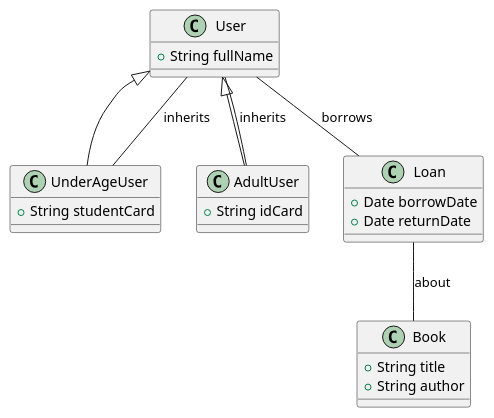
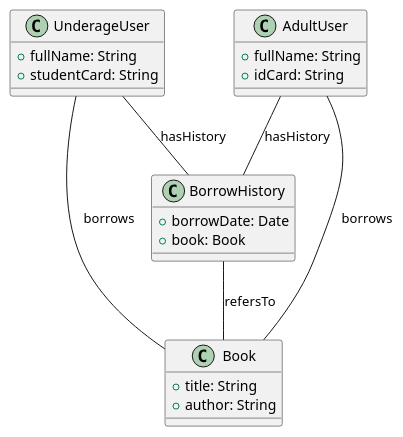
One commit to LLM-29/A4Design changed the diagram in output/single_agent/exercise_1_diagram.puml. Above: the diagram before and after it, drawn with PlantUML. The commit also changed 10 other files, not shown here.

```diff
--- a/output/single_agent/exercise_1_diagram.puml
+++ b/output/single_agent/exercise_1_diagram.puml
@@ -1,23 +1,23 @@
 @startuml
-class User {
-  +String fullName
+class UnderageUser {
+  + fullName: String
+  + studentCard: String
 }
-class UnderAgeUser extends User {
-  +String studentCard
-}
-class AdultUser extends User {
-  +String idCard
+class AdultUser {
+  + fullName: String
+  + idCard: String
 }
 class Book {
-  +String title
-  +String author
+  + title: String
+  + author: String
 }
-class Loan {
-  +Date borrowDate
-  +Date returnDate
+class BorrowHistory {
+  + borrowDate: Date
+  + book: Book
 }
-User -- Loan : borrows
-Loan -- Book : about
-UnderAgeUser -- User : inherits
-AdultUser -- User : inherits
+UnderageUser -- Book : borrows
+AdultUser -- Book : borrows
+UnderageUser -- BorrowHistory : hasHistory
+AdultUser -- BorrowHistory : hasHistory
+BorrowHistory -- Book : refersTo
 @enduml
```
